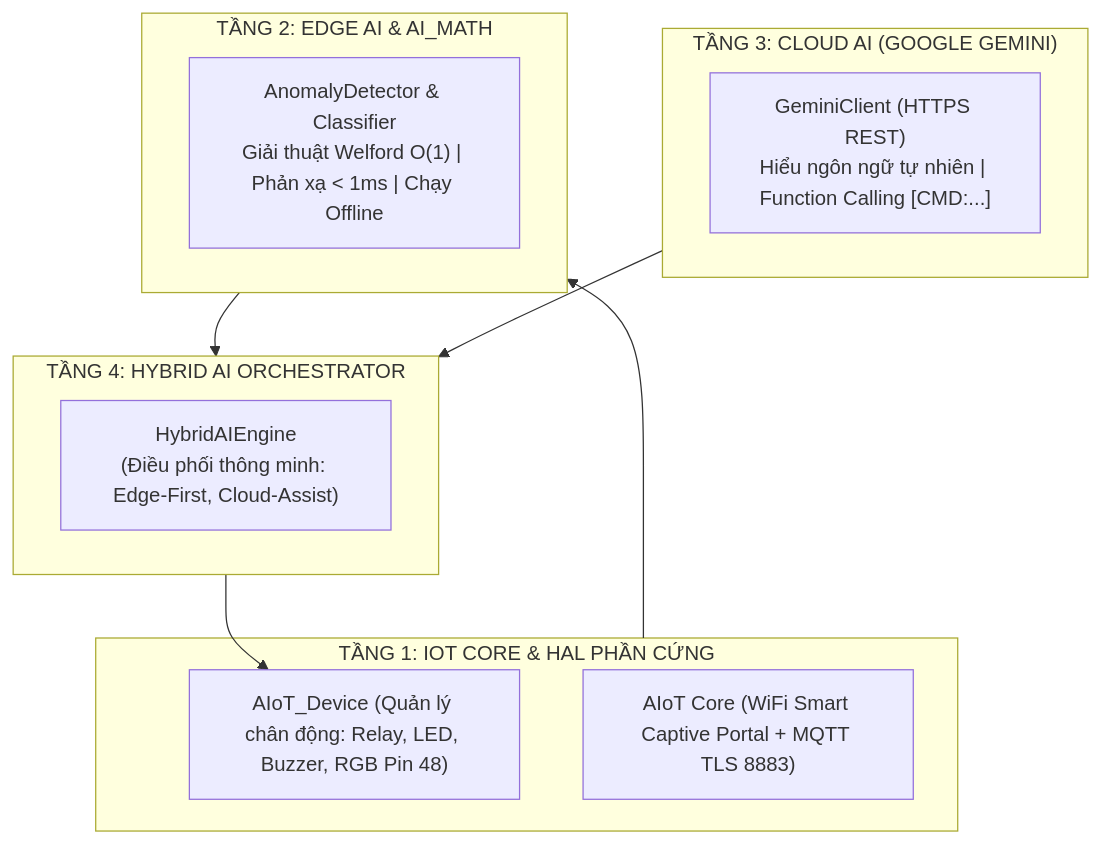
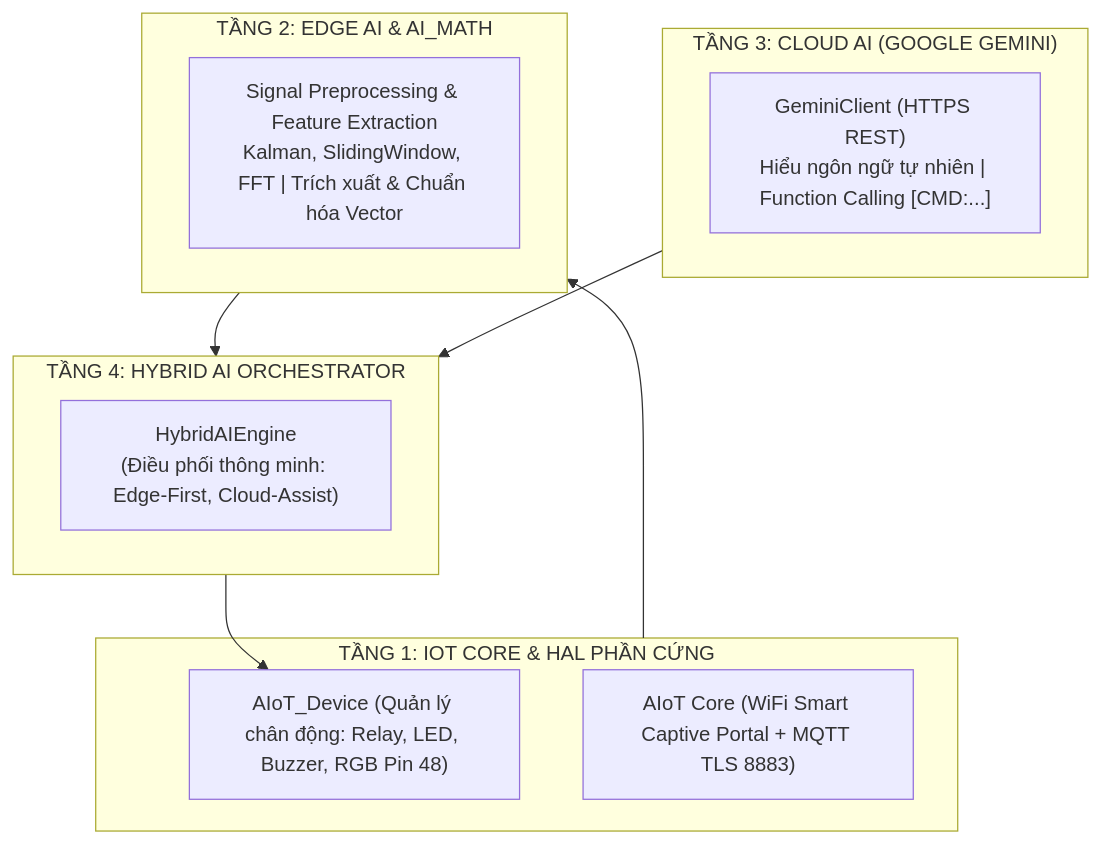
The diagram in README.md (ThangNguyen2106-dash/AIoT_DEVERLOPMENT), drawn with Mermaid before and after one commit. The commit also changed other lines of this file and 149 other files, not shown here.

Commit message:
feat(AI_Math): hoàn thiện 3 giai đoạn SignalPreprocessing, FeatureExtraction, ModelExcution và demo main.cpp

````diff
--- a/README.md
+++ b/README.md
@@ -94,24 +61,24 @@
 ```mermaid
 flowchart TD
     subgraph Layer4["TẦNG 4: HYBRID AI ORCHESTRATOR"]
         Hybrid["HybridAIEngine<br/>(Điều phối thông minh: Edge-First, Cloud-Assist)"]
     end
 
     subgraph Layer3["TẦNG 3: CLOUD AI (GOOGLE GEMINI)"]
         Gemini["GeminiClient (HTTPS REST)<br/>Hiểu ngôn ngữ tự nhiên | Function Calling [CMD:...]"]
     end
 
     subgraph Layer2["TẦNG 2: EDGE AI & AI_MATH"]
-        Edge["AnomalyDetector & Classifier<br/>Giải thuật Welford O(1) | Phản xạ < 1ms | Chạy Offline"]
+        Edge["Signal Preprocessing & Feature Extraction<br/>Kalman, SlidingWindow, FFT | Trích xuất & Chuẩn hóa Vector"]
     end
 
     subgraph Layer1["TẦNG 1: IOT CORE & HAL PHẦN CỨNG"]
         Device["AIoT_Device (Quản lý chân động: Relay, LED, Buzzer, RGB Pin 48)"]
         IoTNet["AIoT Core (WiFi Smart Captive Portal + MQTT TLS 8883)"]
     end
 
     Layer1 --> Layer2
     Layer2 --> Layer4
     Layer3 --> Layer4
     Layer4 --> Device
 ```
````
